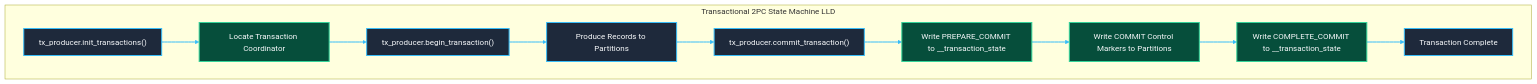
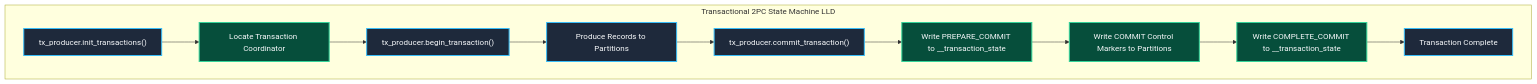
Before and after one commit to Chief-Strategist-J/llm-obs-infra: diagram 18 of 24 in docs/configDoc/kafka-configuration-guide.md, drawn with Mermaid. The commit also changed other lines of this file, not shown here.

Commit message:
fix(kafka-docs): remove linkStyle directives and replace ampersands in Mermaid diagrams to eliminate GitHub rendering crashes

````diff
--- a/docs/configDoc/kafka-configuration-guide.md
+++ b/docs/configDoc/kafka-configuration-guide.md
@@ -1461,26 +1419,24 @@
 ```mermaid
 graph TB
     subgraph TransactionCoordinatorLLD ["Transactional 2PC State Machine LLD"]
         TxInit["tx_producer.init_transactions()"] --> FindCoord["Locate Transaction Coordinator"]
         FindCoord --> BeginTx["tx_producer.begin_transaction()"]
         BeginTx --> SendData["Produce Records to Partitions"]
 
         SendData --> CommitReq["tx_producer.commit_transaction()"]
         CommitReq --> WritePrepare["Write PREPARE_COMMIT to __transaction_state"]
         WritePrepare --> WriteMarkers["Write COMMIT Control Markers to Partitions"]
         WriteMarkers --> WriteComplete["Write COMPLETE_COMMIT to __transaction_state"]
         WriteComplete --> TransactionDone["Transaction Complete"]
     end
 
     style TxInit fill:#1e293b,stroke:#38bdf8,stroke-width:2px,color:#f8fafc
     style FindCoord fill:#064e3b,stroke:#34d399,stroke-width:2px,color:#f8fafc
     style BeginTx fill:#1e293b,stroke:#38bdf8,stroke-width:2px,color:#f8fafc
     style SendData fill:#1e293b,stroke:#38bdf8,stroke-width:2px,color:#f8fafc
     style CommitReq fill:#1e293b,stroke:#38bdf8,stroke-width:2px,color:#f8fafc
     style WritePrepare fill:#064e3b,stroke:#34d399,stroke-width:2px,color:#f8fafc
     style WriteMarkers fill:#064e3b,stroke:#34d399,stroke-width:2px,color:#f8fafc
     style WriteComplete fill:#064e3b,stroke:#34d399,stroke-width:2px,color:#f8fafc
     style TransactionDone fill:#1e293b,stroke:#38bdf8,stroke-width:2px,color:#f8fafc
-
-    linkStyle 0,1,2,3,4,5,6,7 stroke:#38bdf8,stroke-width:2px;
 ```
````
